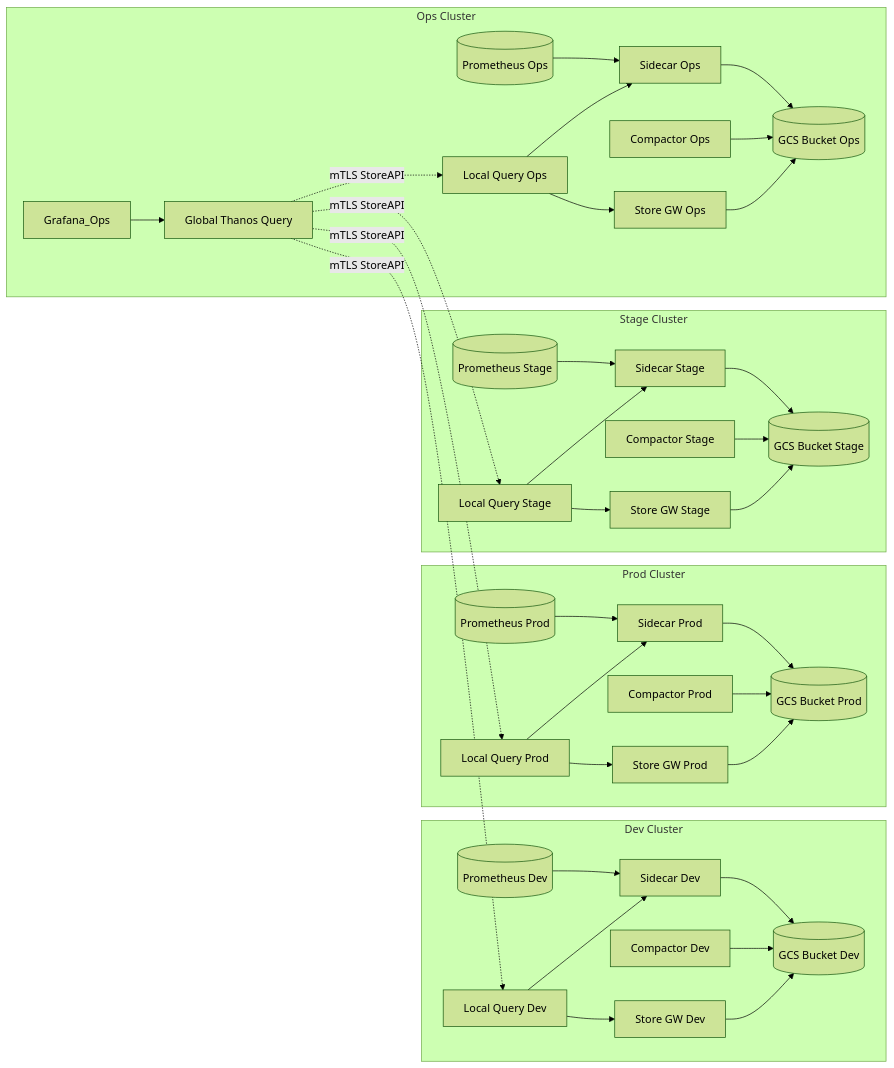
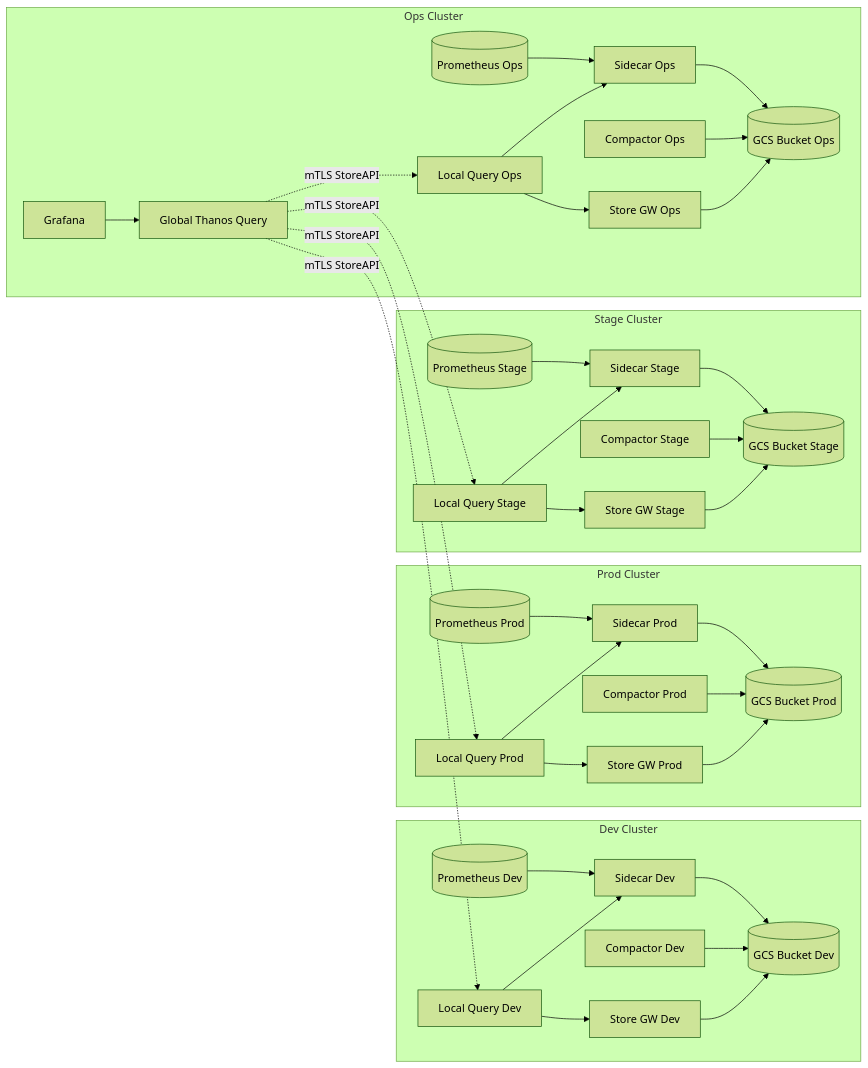
Before and after one commit to Thakurvaibhav/k8s: the diagram in charts/monitoring/README.md, drawn with Mermaid (forest theme).

````diff
--- a/charts/monitoring/README.md
+++ b/charts/monitoring/README.md
@@ -24,45 +24,45 @@
 ```mermaid
 graph LR
   %% Dev / Prod / Stage clusters each run full local stack
   subgraph Dev[Dev Cluster]
     PDv[(Prometheus Dev)] --> SDv[Sidecar Dev]
     SDv --> BDv[(GCS Bucket Dev)]
     CDv[Compactor Dev] --> BDv
     SGDv[Store GW Dev] --> BDv
     QDv[Local Query Dev] --> SGDv
     QDv --> SDv
   end
   subgraph Prod[Prod Cluster]
     PPr[(Prometheus Prod)] --> SPr[Sidecar Prod]
     SPr --> BPr[(GCS Bucket Prod)]
     CPr[Compactor Prod] --> BPr
     SGPr[Store GW Prod] --> BPr
     QPr[Local Query Prod] --> SGPr
     QPr --> SPr
   end
   subgraph Stage[Stage Cluster]
     PSt[(Prometheus Stage)] --> SSt[Sidecar Stage]
     SSt --> BSt[(GCS Bucket Stage)]
     CSt[Compactor Stage] --> BSt
     SGSt[Store GW Stage] --> BSt
     QSt[Local Query Stage] --> SGSt
     QSt --> SSt
   end
 
   %% Ops / Aggregation cluster
   subgraph Ops[Ops Cluster]
     PO[(Prometheus Ops)] --> SO[Sidecar Ops]
     SO --> BO[(GCS Bucket Ops)]
     CO[Compactor Ops] --> BO
     SGO[Store GW Ops] --> BO
     QO[Local Query Ops] --> SGO
     QO --> SO
-    GF[Grafana_Ops] --> QG[Global Thanos Query]
+    GF[Grafana] --> QG[Global Thanos Query]
   end
 
   %% mTLS federation ONLY to local queries
   QG -. mTLS StoreAPI .-> QDv
   QG -. mTLS StoreAPI .-> QPr
   QG -. mTLS StoreAPI .-> QSt
   QG -. mTLS StoreAPI .-> QO
 ```
````
